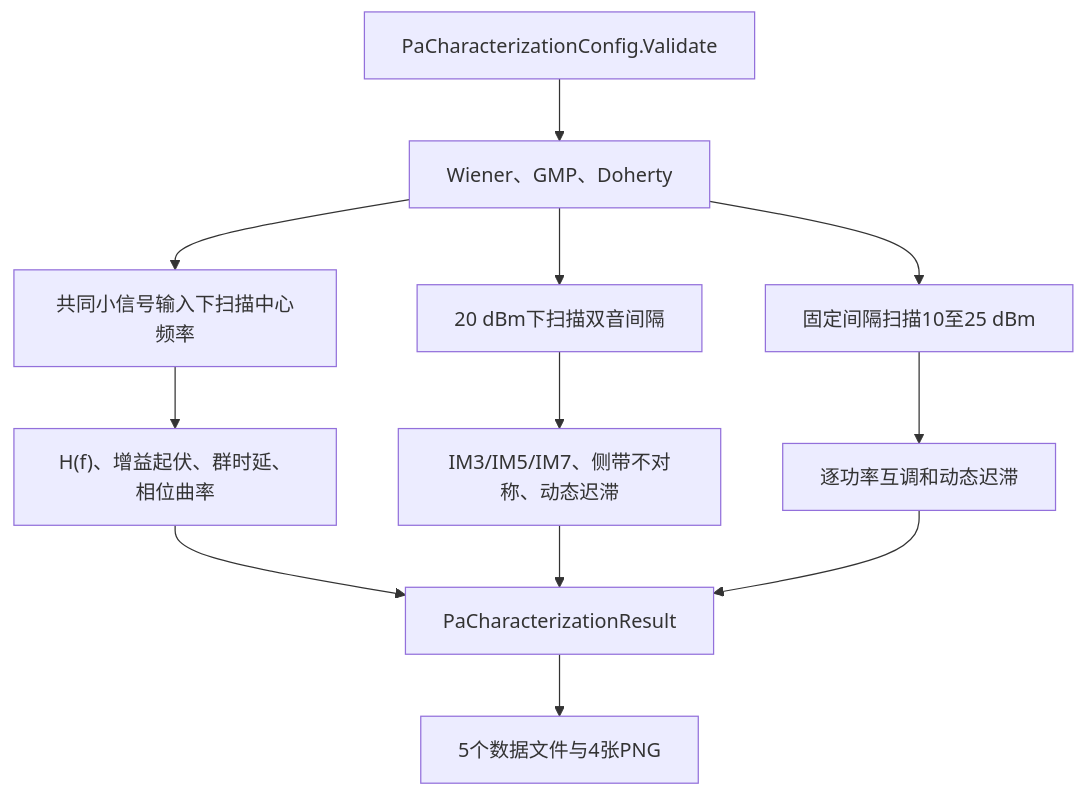
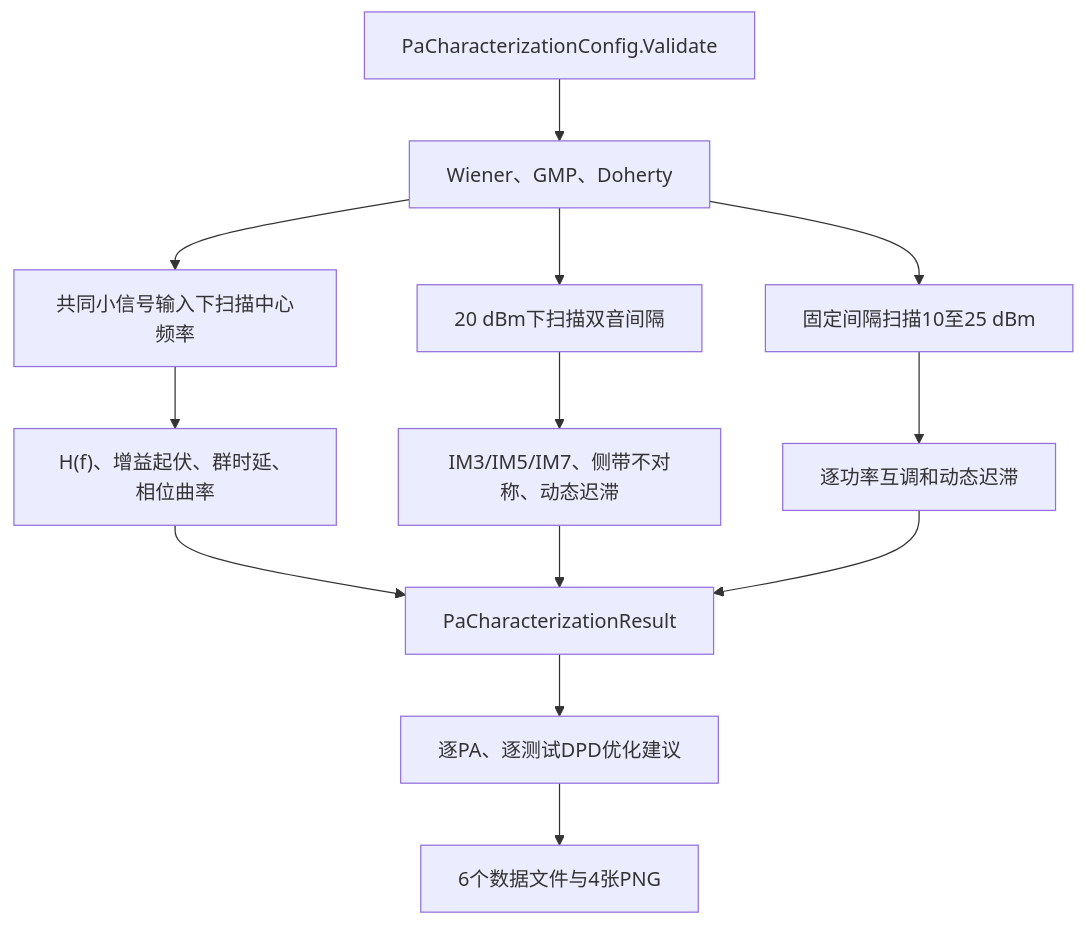
One commit to niyilu45/DPD_ILC changed the seventh of 7 diagrams in doc/BenchMark.md. Above: the diagram before and after it, drawn with Mermaid. The commit also changed other lines of this file and 7 other files, not shown here.

````diff
--- a/doc/BenchMark.md
+++ b/doc/BenchMark.md
@@ -1857,14 +1857,15 @@
 ```mermaid
 flowchart TD
     config["PaCharacterizationConfig.Validate"] --> models["Wiener、GMP、Doherty"]
     models --> frequency["共同小信号输入下扫描中心频率"]
     models --> spacing["20 dBm下扫描双音间隔"]
     models --> power["固定间隔扫描10至25 dBm"]
     frequency --> response["H(f)、增益起伏、群时延、相位曲率"]
     spacing --> memory["IM3/IM5/IM7、侧带不对称、动态迟滞"]
     power --> compression["逐功率互调和动态迟滞"]
     response --> result["PaCharacterizationResult"]
     memory --> result
     compression --> result
-    result --> files["5个数据文件与4张PNG"]
+    result --> advice["逐PA、逐测试DPD优化建议"]
+    advice --> files["6个数据文件与4张PNG"]
 ```
````
